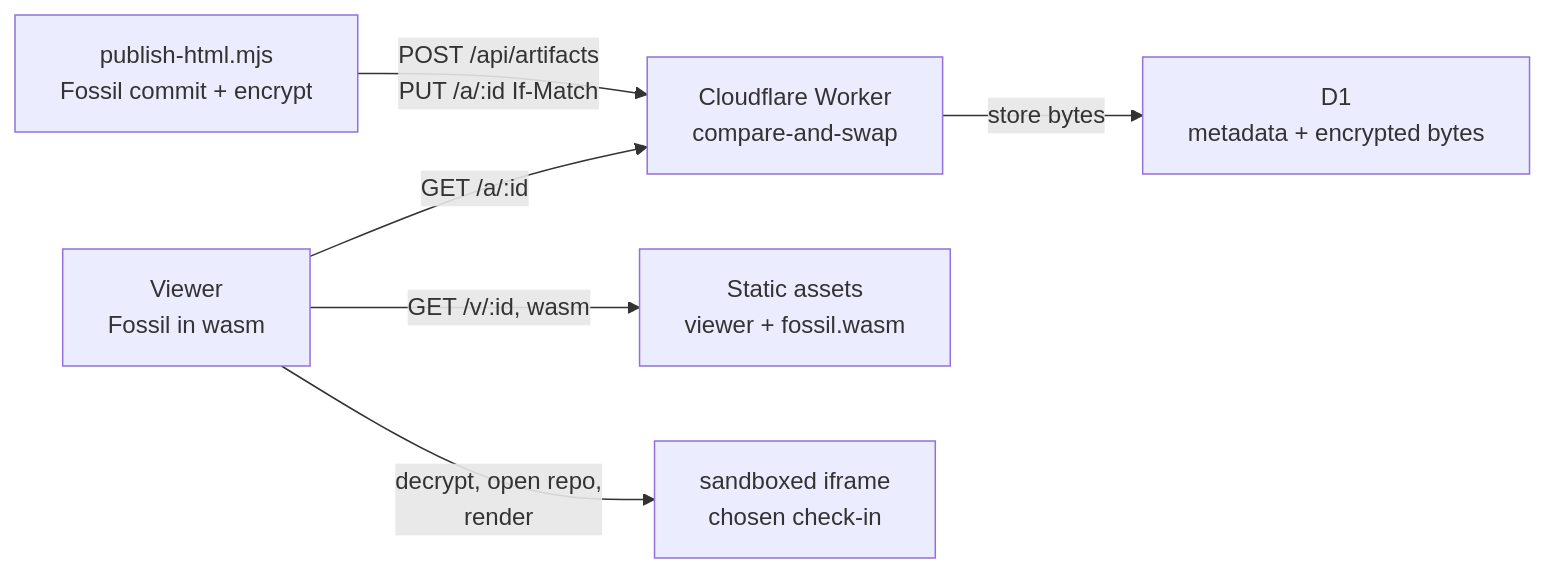
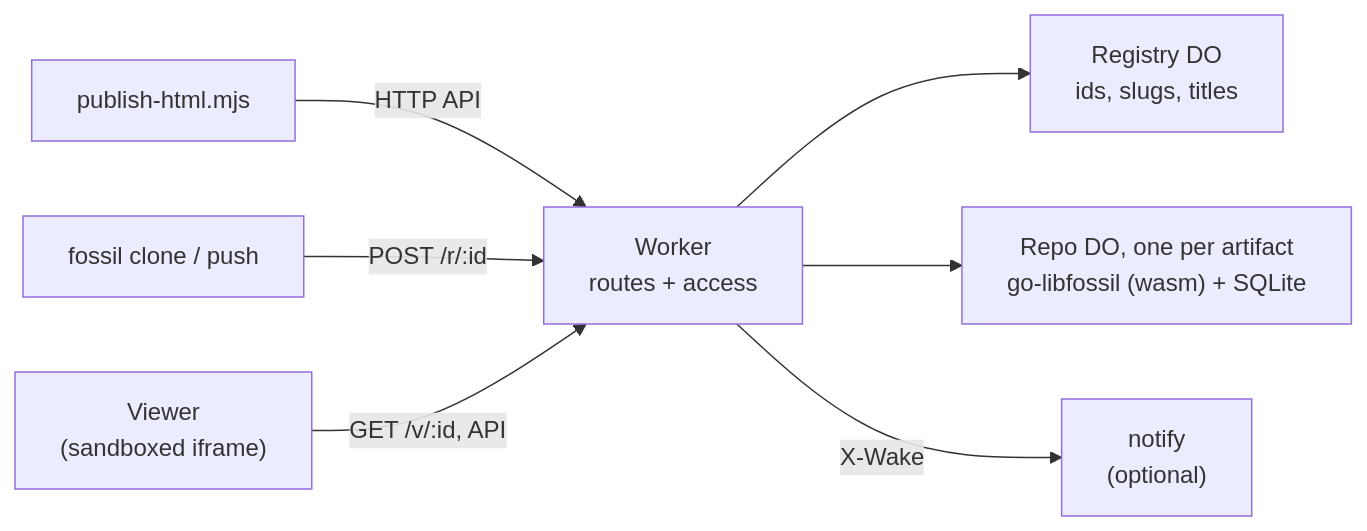
Before and after one commit to danmestas/html-artifact-publisher: the diagram in README.md, drawn with Mermaid. The commit also changed other lines of this file and 36 other files, not shown here.

````diff
--- a/README.md
+++ b/README.md
@@ -24,15 +15,17 @@
 ```mermaid
 flowchart LR
-    cli["publish-html.mjs\nFossil commit + encrypt"]
-    worker["Cloudflare Worker\ncompare-and-swap"]
-    d1["D1\nmetadata + encrypted bytes"]
-    assets["Static assets\nviewer + fossil.wasm"]
-    browser["Viewer\nFossil in wasm"]
-    iframe["sandboxed iframe\nchosen check-in"]
+    cli["publish-html.mjs"]
+    fossilc["fossil clone / push"]
+    browser["Viewer\n(sandboxed iframe)"]
+    worker["Worker\nroutes + access"]
+    registry["Registry DO\nids, slugs, titles"]
+    repo["Repo DO, one per artifact\ngo-libfossil (wasm) + SQLite"]
+    notify["notify\n(optional)"]
 
-    cli -- "POST /api/artifacts\nPUT /a/:id If-Match" --> worker
-    worker -- "store bytes" --> d1
-    browser -- "GET /v/:id, wasm" --> assets
-    browser -- "GET /a/:id" --> worker
-    browser -- "decrypt, open repo,\nrender" --> iframe
+    cli -- "HTTP API" --> worker
+    fossilc -- "POST /r/:id" --> worker
+    browser -- "GET /v/:id, API" --> worker
+    worker --> registry
+    worker --> repo
+    worker -- "X-Wake" --> notify
 ```
````
